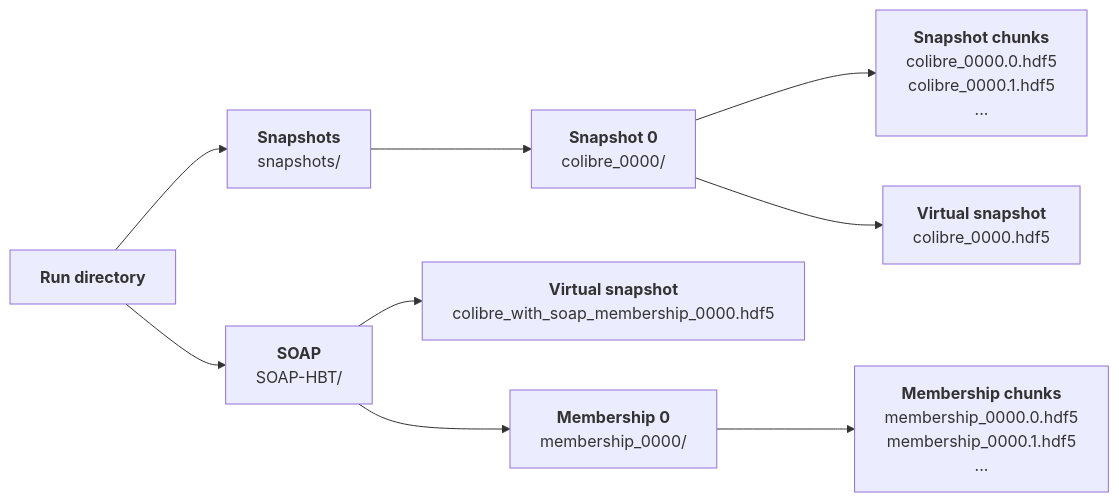
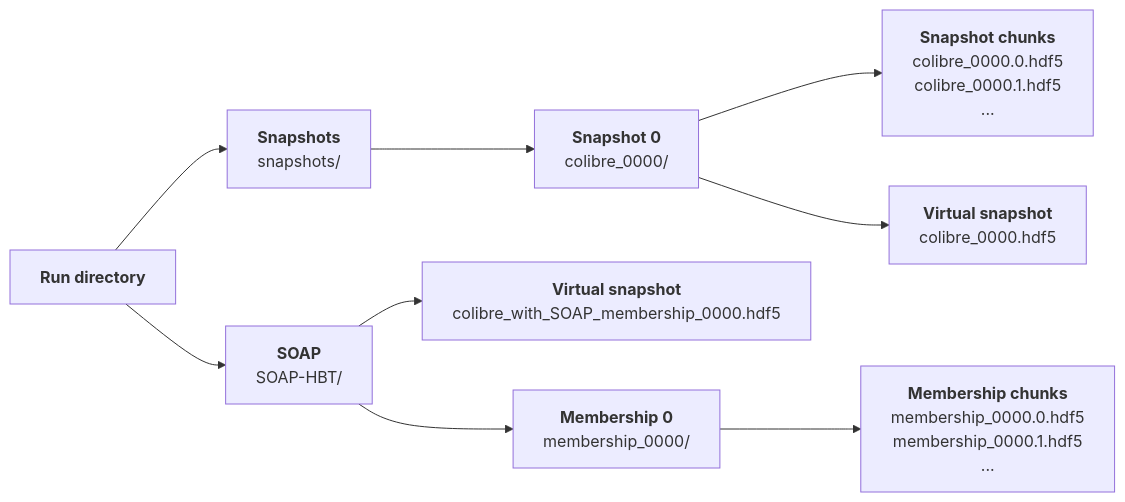
One commit to robjmcgibbon/colibre-docs changed the diagram in source/snapshots/snapshot_dirs.rst. Above: the diagram before and after it, drawn with Mermaid. The commit also changed other lines of this file and 24 other files, not shown here.

```diff
--- a/source/snapshots/snapshot_dirs.rst
+++ b/source/snapshots/snapshot_dirs.rst
@@ -21,33 +21,33 @@
 .. mermaid::
 
   flowchart LR
     run["`**Run directory**
     `"]
 
     run --> snapshots["`**Snapshots**
     snapshots/`"]
 
     snapshots --> s0000["`**Snapshot 0**
     colibre_0000/`"]
 
     s0000 --> swift_files["`**Snapshot chunks**
     colibre_0000.0.hdf5
     colibre_0000.1.hdf5
     ...`"]
 
     s0000 --> s0000_v["`**Virtual snapshot**
     colibre_0000.hdf5`"]
 
     run --> soap["`**SOAP**
     SOAP-HBT/`"]
 
     soap --> soap_v["`**Virtual snapshot**
-    colibre_with_soap_membership_0000.hdf5`"]
+    colibre_with_SOAP_membership_0000.hdf5`"]
 
     soap --> m0000["`**Membership 0**
     membership_0000/`"]
 
     m0000 --> membership["`**Membership chunks**
     membership_0000.0.hdf5
     membership_0000.1.hdf5
     ...`"]
```
